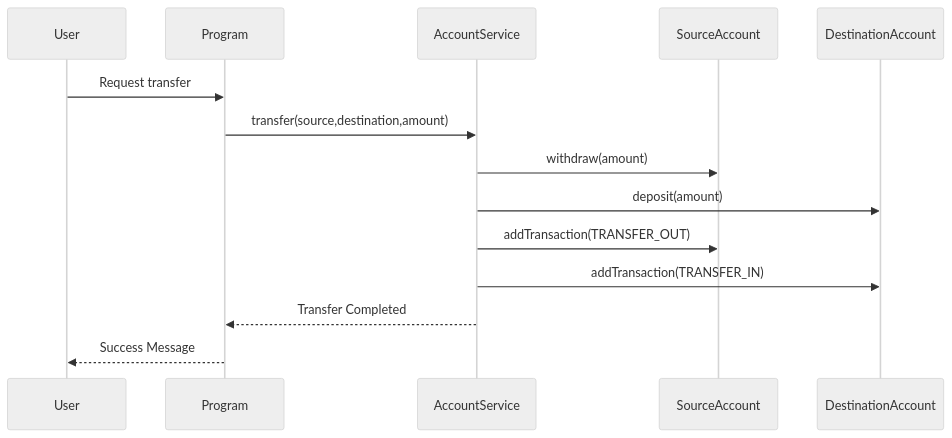
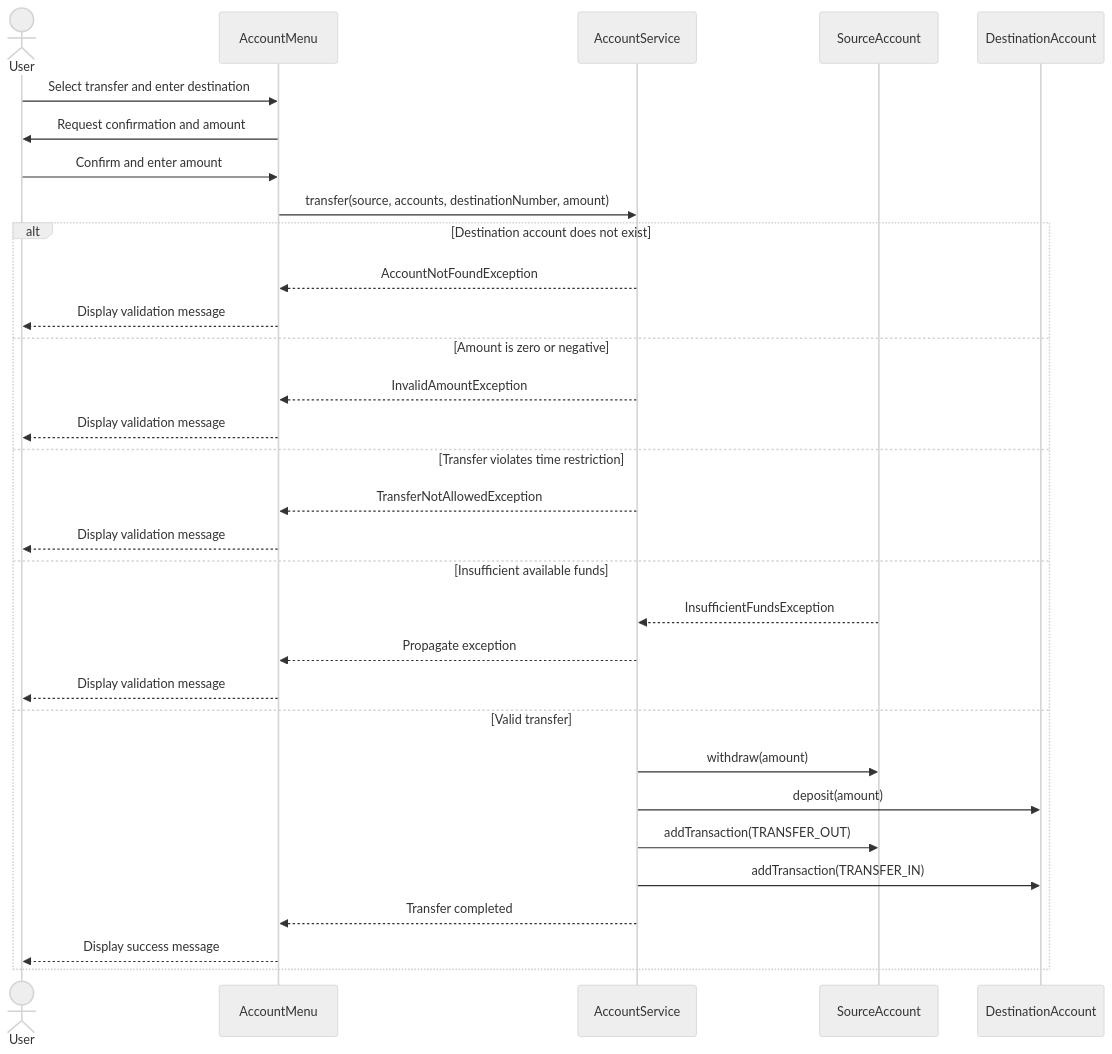
One commit to ricardobfernandes/bank-challenge-java changed the second of 3 diagrams in README.md. Above: the diagram before and after it, drawn with Mermaid (neutral theme). The commit also changed other lines of this file, not shown here.

````diff
--- a/README.md
+++ b/README.md
@@ -276,25 +418,35 @@
 ```mermaid
 sequenceDiagram
+    actor User
+    participant AccountMenu
+    participant AccountService
+    participant SourceAccount
+    participant DestinationAccount
 
-participant User
-participant Program
-participant AccountService
-participant SourceAccount
-participant DestinationAccount
+    User->>AccountMenu: Select transfer and enter destination
+    AccountMenu->>User: Request confirmation and amount
+    User->>AccountMenu: Confirm and enter amount
+    AccountMenu->>AccountService: transfer(source, accounts, destinationNumber, amount)
 
-User->>Program: Request transfer
-
-Program->>AccountService: transfer(source,destination,amount)
-
-AccountService->>SourceAccount: withdraw(amount)
-
-AccountService->>DestinationAccount: deposit(amount)
-
-AccountService->>SourceAccount: addTransaction(TRANSFER_OUT)
-
-AccountService->>DestinationAccount: addTransaction(TRANSFER_IN)
-
-AccountService-->>Program: Transfer Completed
-
-Program-->>User: Success Message
+    alt Destination account does not exist
+        AccountService-->>AccountMenu: AccountNotFoundException
+        AccountMenu-->>User: Display validation message
+    else Amount is zero or negative
+        AccountService-->>AccountMenu: InvalidAmountException
+        AccountMenu-->>User: Display validation message
+    else Transfer violates time restriction
+        AccountService-->>AccountMenu: TransferNotAllowedException
+        AccountMenu-->>User: Display validation message
+    else Insufficient available funds
+        SourceAccount-->>AccountService: InsufficientFundsException
+        AccountService-->>AccountMenu: Propagate exception
+        AccountMenu-->>User: Display validation message
+    else Valid transfer
+        AccountService->>SourceAccount: withdraw(amount)
+        AccountService->>DestinationAccount: deposit(amount)
+        AccountService->>SourceAccount: addTransaction(TRANSFER_OUT)
+        AccountService->>DestinationAccount: addTransaction(TRANSFER_IN)
+        AccountService-->>AccountMenu: Transfer completed
+        AccountMenu-->>User: Display success message
+    end
 ```
````
